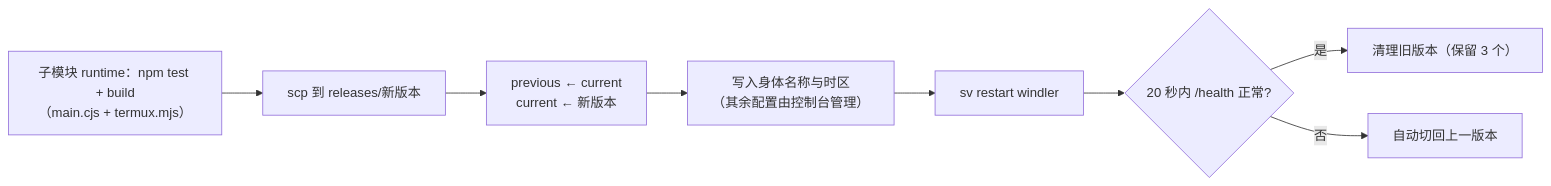
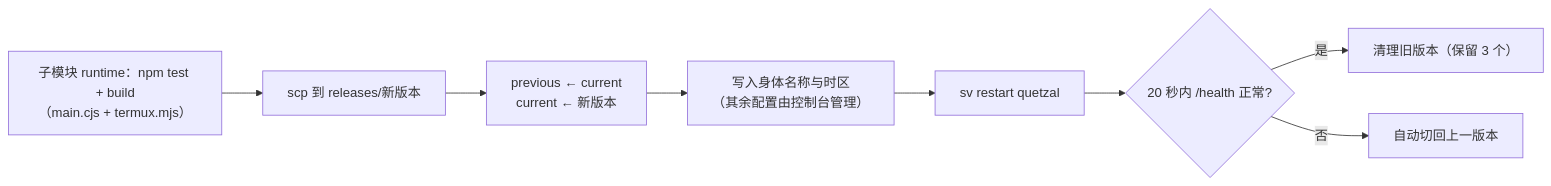
The second of 2 diagrams in docs/ARCHITECTURE.md (PlutoKeating/Project.Honor9), drawn with Mermaid before and after one commit. The commit also changed other lines of this file and 35 other files, not shown here.

First line of the commit message:
更名为 Quetzal：子模块路径、部署脚本、工具、文档与设备档案全部由 Windler 改名

````diff
--- a/docs/ARCHITECTURE.md
+++ b/docs/ARCHITECTURE.md
@@ -62,10 +62,10 @@
 ```mermaid
 flowchart LR
   A["子模块 runtime：npm test + build<br/>（main.cjs + termux.mjs）"] --> C
   C["scp 到 releases/新版本"] --> D["previous ← current<br/>current ← 新版本"]
   D --> E["写入身体名称与时区<br/>（其余配置由控制台管理）"]
-  E --> F["sv restart windler"]
+  E --> F["sv restart quetzal"]
   F --> G{"20 秒内 /health 正常?"}
   G -- 是 --> H["清理旧版本（保留 3 个）"]
   G -- 否 --> I["自动切回上一版本"]
 ```
````
